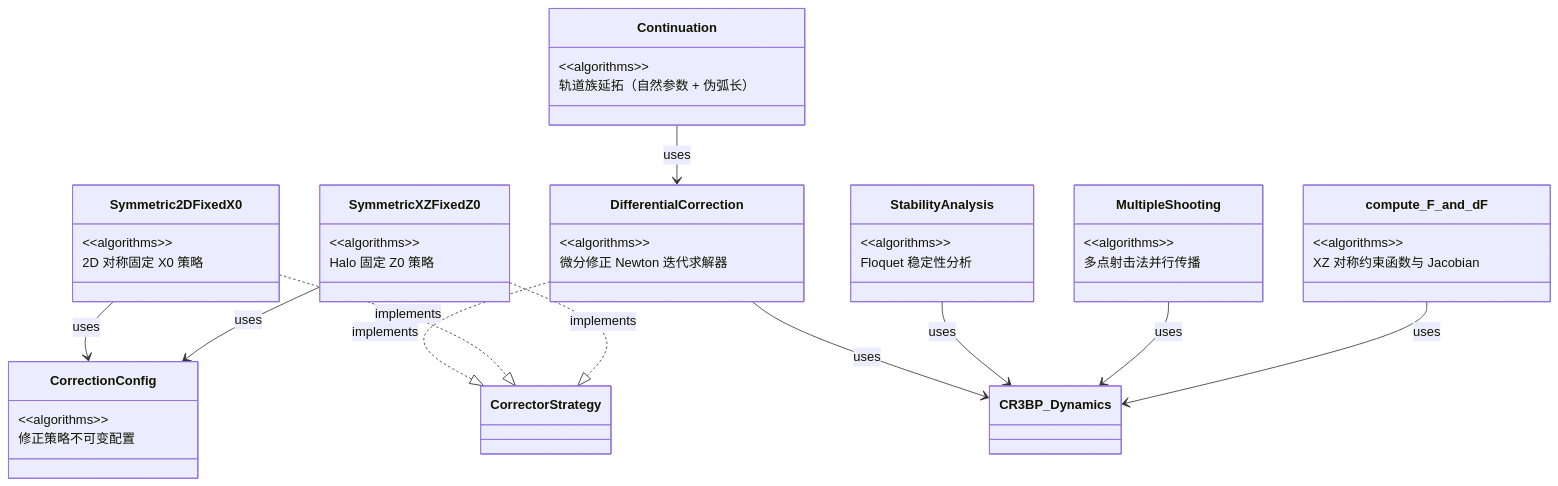
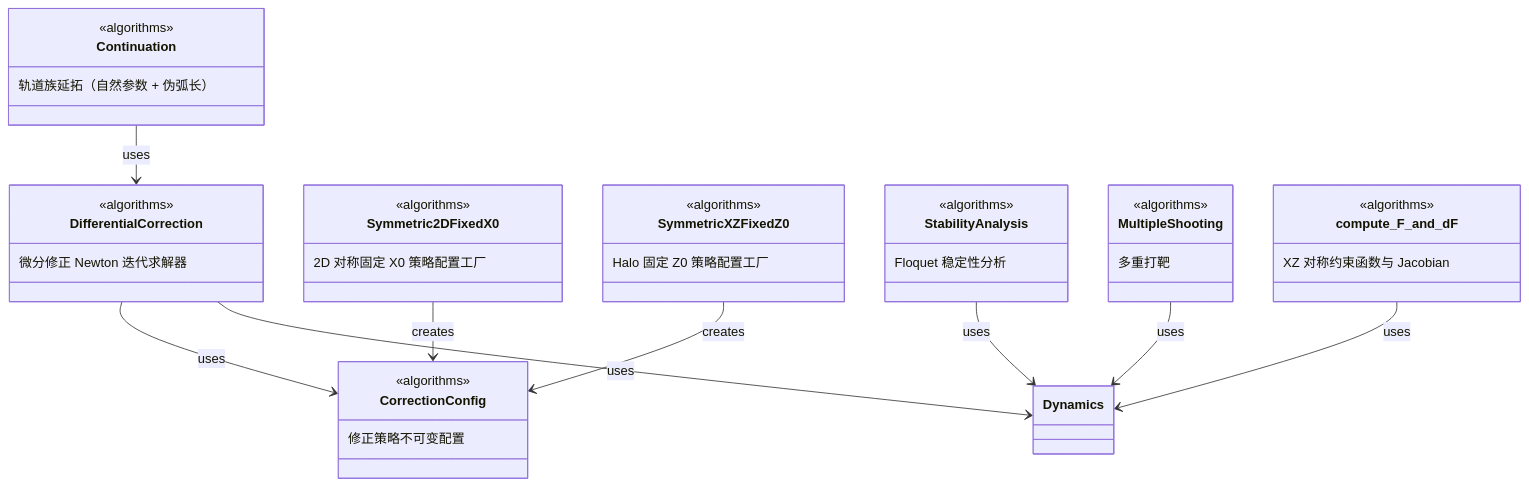
Before and after one commit to cislunarspace/e2m2e: the diagram in docs/reference/mbse/bdd-algorithms.md, drawn with Mermaid. The commit also changed 7 other files, not shown here.

````diff
--- a/docs/reference/mbse/bdd-algorithms.md
+++ b/docs/reference/mbse/bdd-algorithms.md
@@ -5,45 +5,43 @@
 ```mermaid
 classDiagram
     class DifferentialCorrection {
-        &lt;&lt;algorithms&gt;&gt;
+        <<algorithms>>
         微分修正 Newton 迭代求解器
     }
-    DifferentialCorrection ..|> CorrectorStrategy : implements
-    DifferentialCorrection --> CR3BP_Dynamics : uses
+    DifferentialCorrection --> Dynamics : uses
+    DifferentialCorrection --> CorrectionConfig : uses
     class CorrectionConfig {
-        &lt;&lt;algorithms&gt;&gt;
+        <<algorithms>>
         修正策略不可变配置
     }
     class Symmetric2DFixedX0 {
-        &lt;&lt;algorithms&gt;&gt;
-        2D 对称固定 X0 策略
+        <<algorithms>>
+        2D 对称固定 X0 策略配置工厂
     }
-    Symmetric2DFixedX0 ..|> CorrectorStrategy : implements
-    Symmetric2DFixedX0 --> CorrectionConfig : uses
+    Symmetric2DFixedX0 --> CorrectionConfig : creates
     class SymmetricXZFixedZ0 {
-        &lt;&lt;algorithms&gt;&gt;
-        Halo 固定 Z0 策略
+        <<algorithms>>
+        Halo 固定 Z0 策略配置工厂
     }
-    SymmetricXZFixedZ0 ..|> CorrectorStrategy : implements
-    SymmetricXZFixedZ0 --> CorrectionConfig : uses
+    SymmetricXZFixedZ0 --> CorrectionConfig : creates
     class Continuation {
-        &lt;&lt;algorithms&gt;&gt;
+        <<algorithms>>
         轨道族延拓（自然参数 + 伪弧长）
     }
     Continuation --> DifferentialCorrection : uses
     class StabilityAnalysis {
-        &lt;&lt;algorithms&gt;&gt;
+        <<algorithms>>
         Floquet 稳定性分析
     }
-    StabilityAnalysis --> CR3BP_Dynamics : uses
+    StabilityAnalysis --> Dynamics : uses
     class MultipleShooting {
-        &lt;&lt;algorithms&gt;&gt;
-        多点射击法并行传播
+        <<algorithms>>
+        多重打靶
     }
-    MultipleShooting --> CR3BP_Dynamics : uses
+    MultipleShooting --> Dynamics : uses
     class compute_F_and_dF {
-        &lt;&lt;algorithms&gt;&gt;
+        <<algorithms>>
         XZ 对称约束函数与 Jacobian
     }
-    compute_F_and_dF --> CR3BP_Dynamics : uses
+    compute_F_and_dF --> Dynamics : uses
 ```
````
